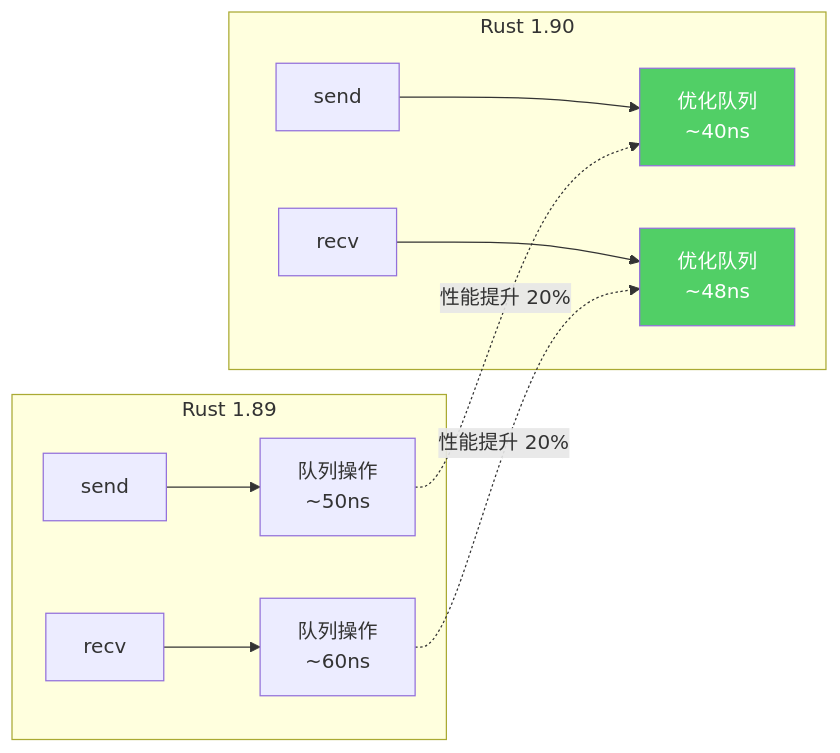
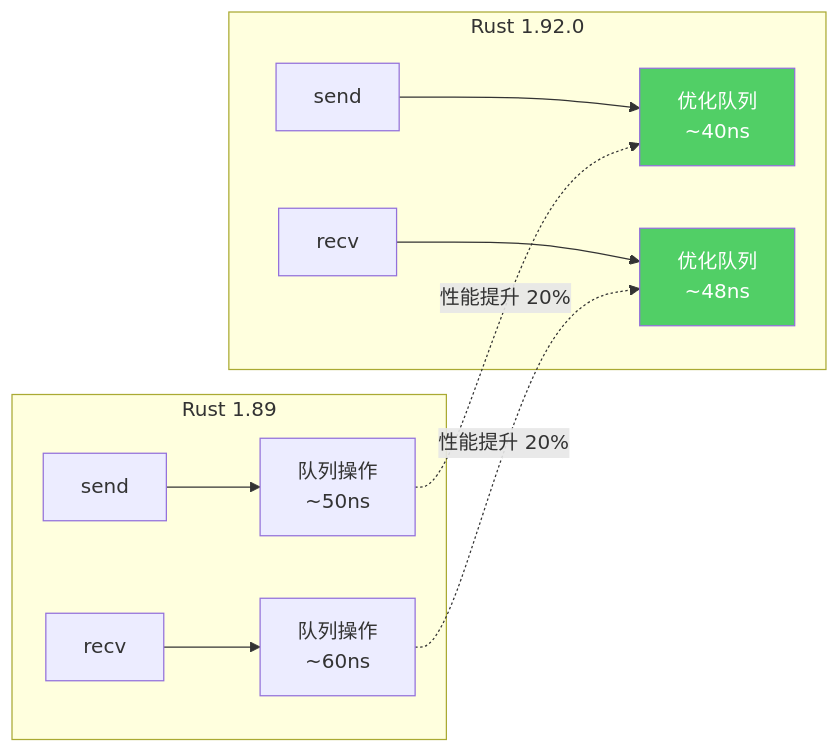
Before and after one commit to martin-ly/rust-lang: the third of 4 diagrams in crates/c05_threads/docs/02_message_passing.md, drawn with Mermaid. The commit also changed other lines of this file and 290 other files, not shown here.

````diff
--- a/crates/c05_threads/docs/02_message_passing.md
+++ b/crates/c05_threads/docs/02_message_passing.md
@@ -345,18 +345,18 @@
 ```mermaid
 graph LR
     subgraph "Rust 1.89"
         A1[send] --> A2[队列操作<br/>~50ns]
         A3[recv] --> A4[队列操作<br/>~60ns]
     end
 
-    subgraph "Rust 1.90"
+    subgraph "Rust 1.92.0"
         B1[send] --> B2[优化队列<br/>~40ns]
         B3[recv] --> B4[优化队列<br/>~48ns]
     end
 
     A2 -.性能提升 20%.-> B2
     A4 -.性能提升 20%.-> B4
 
     style B2 fill:#51cf66,color:#fff
     style B4 fill:#51cf66,color:#fff
 ```
````
